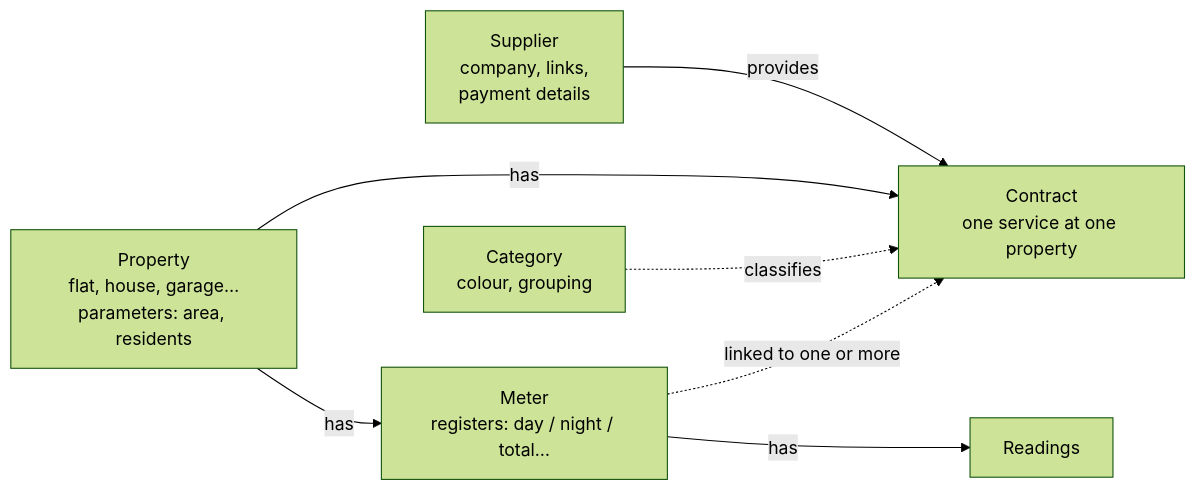
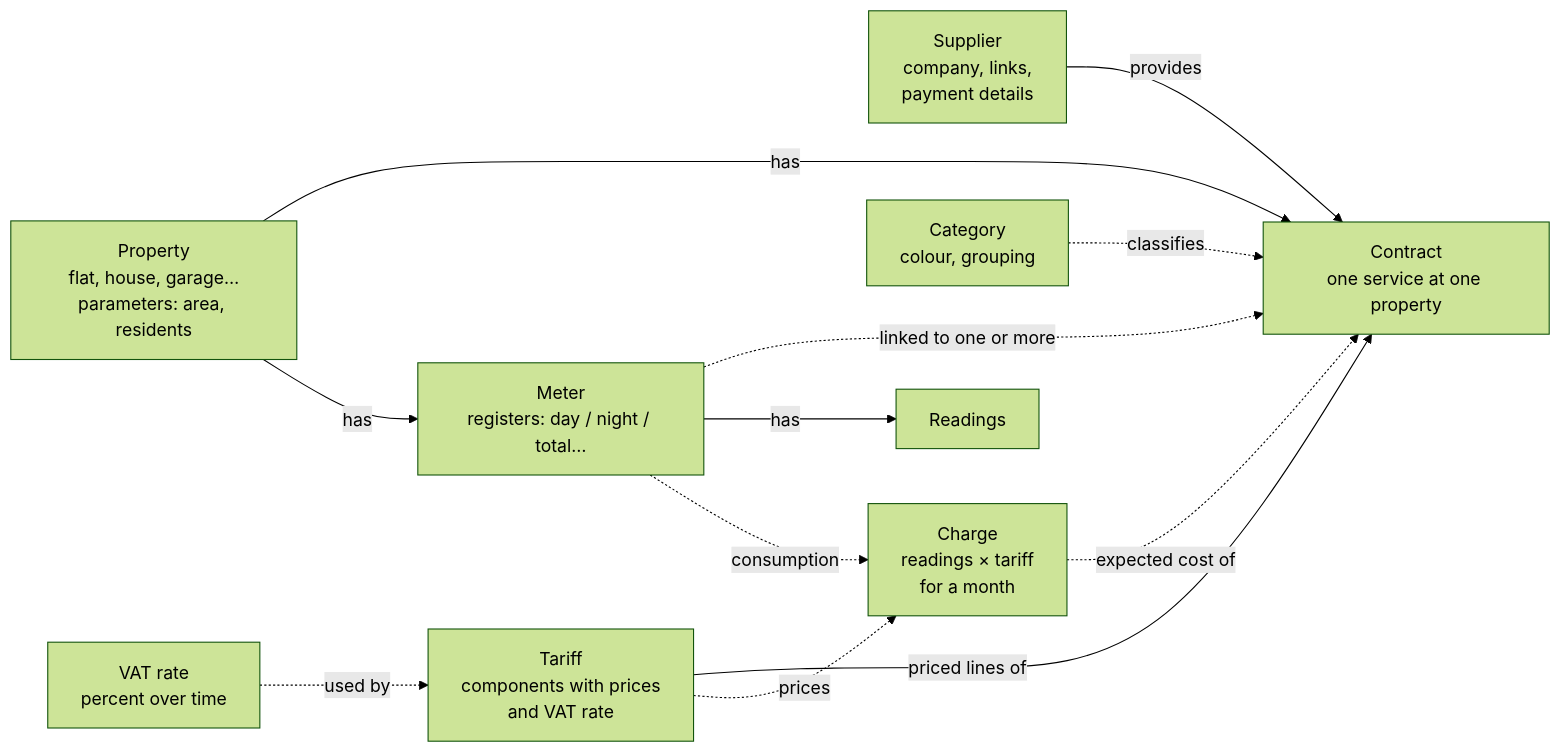
Before and after one commit to gromichek/HomeUtilities: the diagram in docs/user-guide/img/relations.en.mmd, drawn with Mermaid (forest theme). The commit also changed 35 other files, not shown here.

```diff
--- a/docs/user-guide/img/relations.en.mmd
+++ b/docs/user-guide/img/relations.en.mmd
@@ -1,7 +1,13 @@
 flowchart LR
     S[Supplier<br/>company, links,<br/>payment details] -->|provides| C
     P[Property<br/>flat, house, garage…<br/>parameters: area, residents] -->|has| C[Contract<br/>one service at one property]
     P -->|has| M[Meter<br/>registers: day / night / total…]
     M -.->|linked to one or more| C
     M -->|has| R[Readings]
     K[Category<br/>colour, grouping] -.->|classifies| C
+    T[Tariff<br/>components with prices<br/>and VAT rate] -->|priced lines of| C
+    V[VAT rate<br/>percent over time] -.->|used by| T
+    M -.->|consumption| X
+    T -.->|prices| X
+    X[Charge<br/>readings × tariff<br/>for a month]
+    X -.->|expected cost of| C
```
